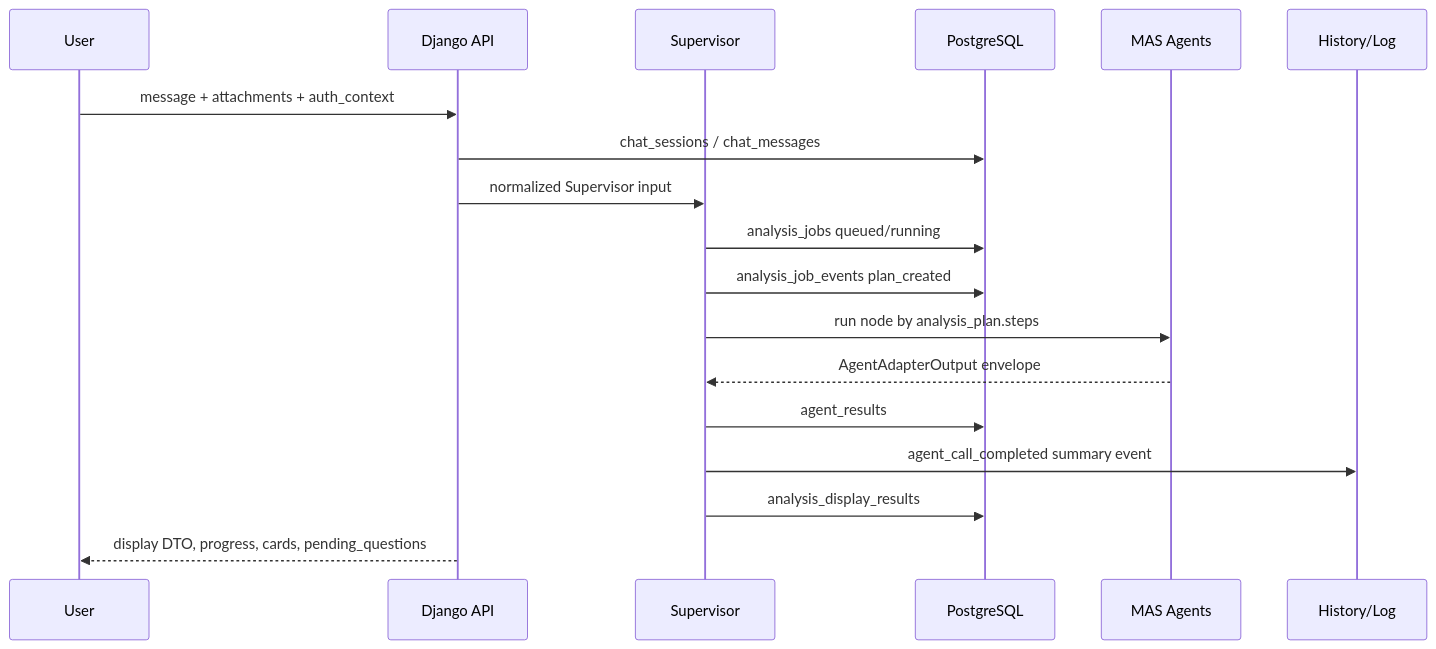
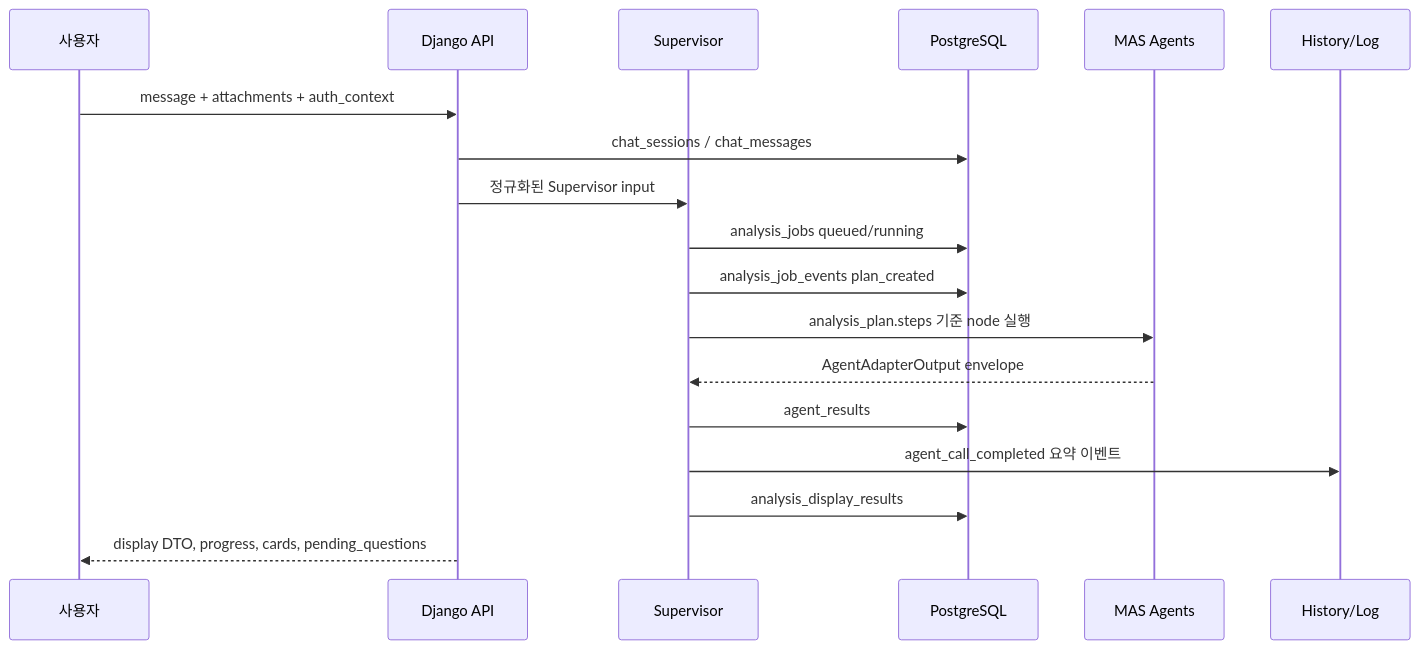
The diagram in docs/architecture/supervisor-erd-flow-alignment-2026-06-29.md (SKNETWORKS-FAMILY-AICAMP/SKN27-FINAL-3Team), drawn with Mermaid before and after one commit. The commit also changed other lines of this file and 2 other files, not shown here.

Commit message:
docs: translate supervisor ERD alignment to Korean

````diff
--- a/docs/architecture/supervisor-erd-flow-alignment-2026-06-29.md
+++ b/docs/architecture/supervisor-erd-flow-alignment-2026-06-29.md
@@ -70,21 +71,21 @@
 ```mermaid
 sequenceDiagram
-    participant U as User
+    participant U as 사용자
     participant API as Django API
     participant SUP as Supervisor
     participant DB as PostgreSQL
     participant AG as MAS Agents
     participant HIST as History/Log
 
     U->>API: message + attachments + auth_context
     API->>DB: chat_sessions / chat_messages
-    API->>SUP: normalized Supervisor input
+    API->>SUP: 정규화된 Supervisor input
     SUP->>DB: analysis_jobs queued/running
     SUP->>DB: analysis_job_events plan_created
-    SUP->>AG: run node by analysis_plan.steps
+    SUP->>AG: analysis_plan.steps 기준 node 실행
     AG-->>SUP: AgentAdapterOutput envelope
     SUP->>DB: agent_results
-    SUP->>HIST: agent_call_completed summary event
+    SUP->>HIST: agent_call_completed 요약 이벤트
     SUP->>DB: analysis_display_results
     API-->>U: display DTO, progress, cards, pending_questions
 ```
````
